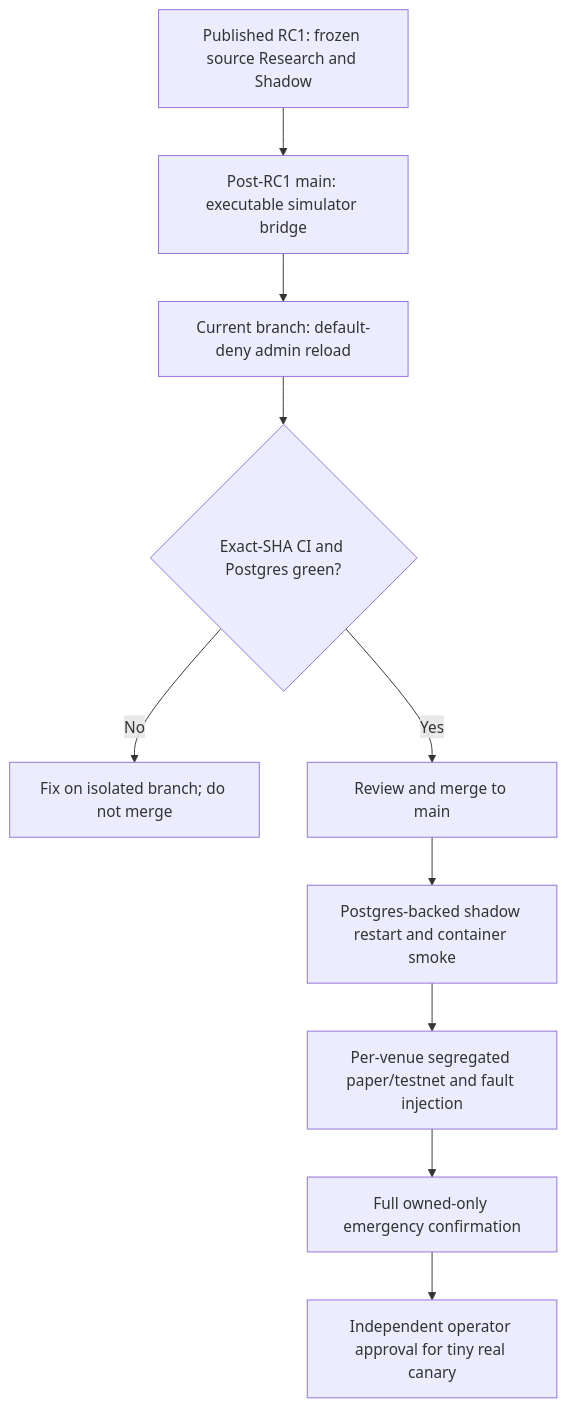
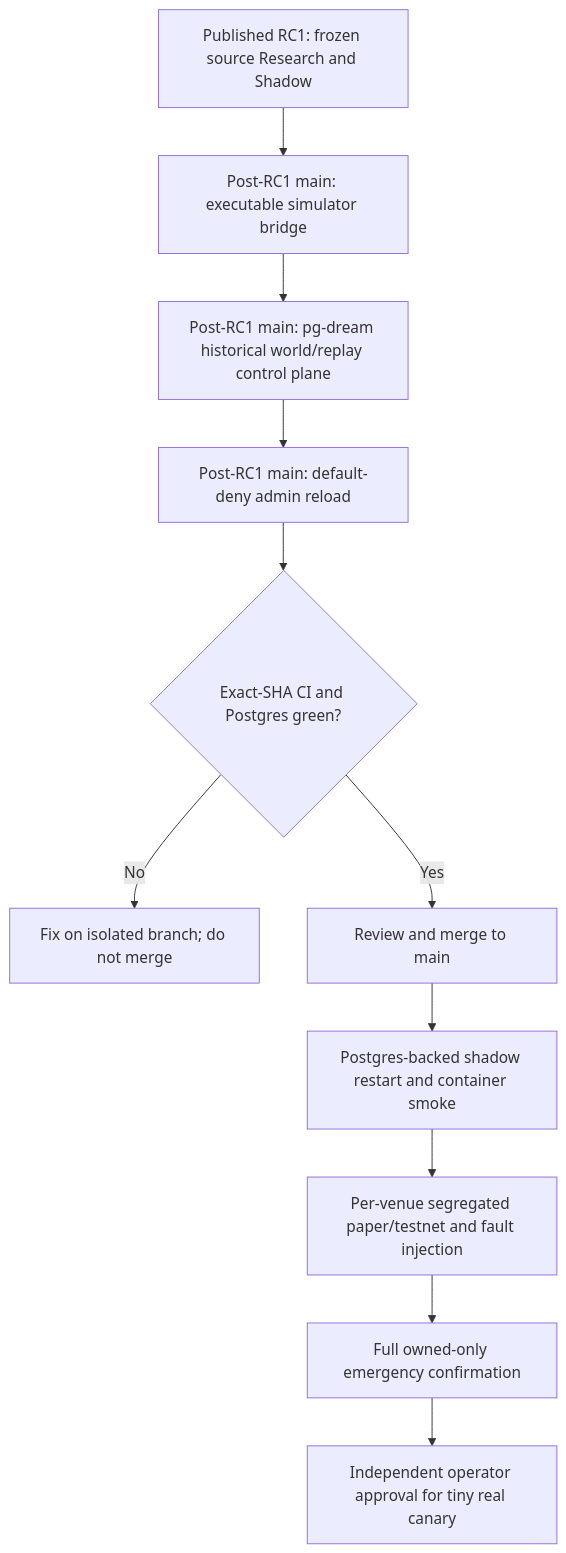
The diagram in docs/STATUS.md (xxxxxwater/pg-tsy-core-bootstrap), drawn with Mermaid before and after one commit. The commit also changed other lines of this file and 6 other files, not shown here.

````diff
--- a/docs/STATUS.md
+++ b/docs/STATUS.md
@@ -29,12 +31,13 @@
 ```mermaid
 flowchart TD
   RC1[Published RC1: frozen source Research and Shadow] --> MAIN[Post-RC1 main: executable simulator bridge]
-  MAIN --> AUTH[Current branch: default-deny admin reload]
+  MAIN --> DREAM[Post-RC1 main: pg-dream historical world/replay control plane]
+  DREAM --> AUTH[Post-RC1 main: default-deny admin reload]
   AUTH --> CHECK{Exact-SHA CI and Postgres green?}
   CHECK -->|No| FIX[Fix on isolated branch; do not merge]
   CHECK -->|Yes| MERGE[Review and merge to main]
   MERGE --> SHADOW[Postgres-backed shadow restart and container smoke]
   SHADOW --> PAPER[Per-venue segregated paper/testnet and fault injection]
   PAPER --> EMERGENCY[Full owned-only emergency confirmation]
   EMERGENCY --> OPERATOR[Independent operator approval for tiny real canary]
 ```
````
